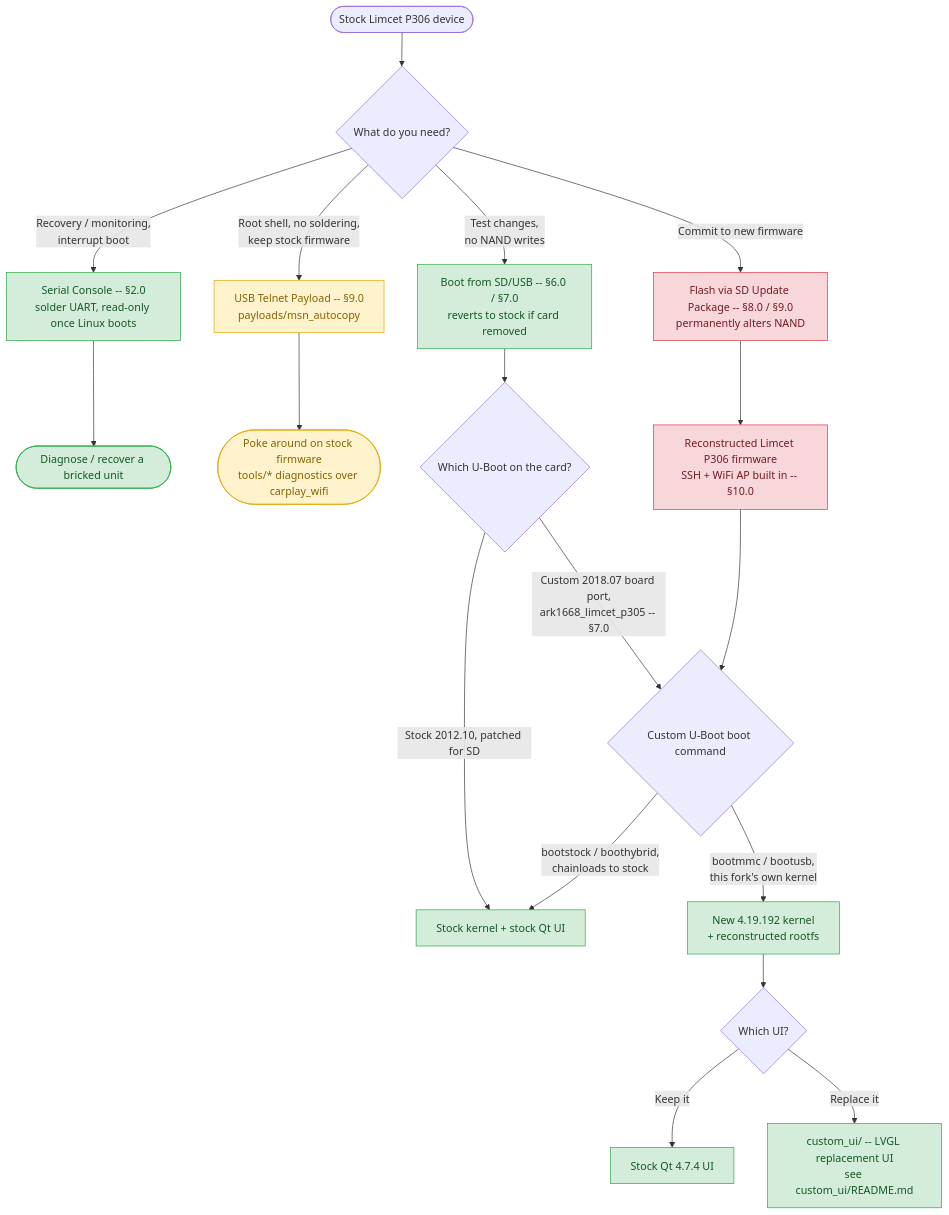
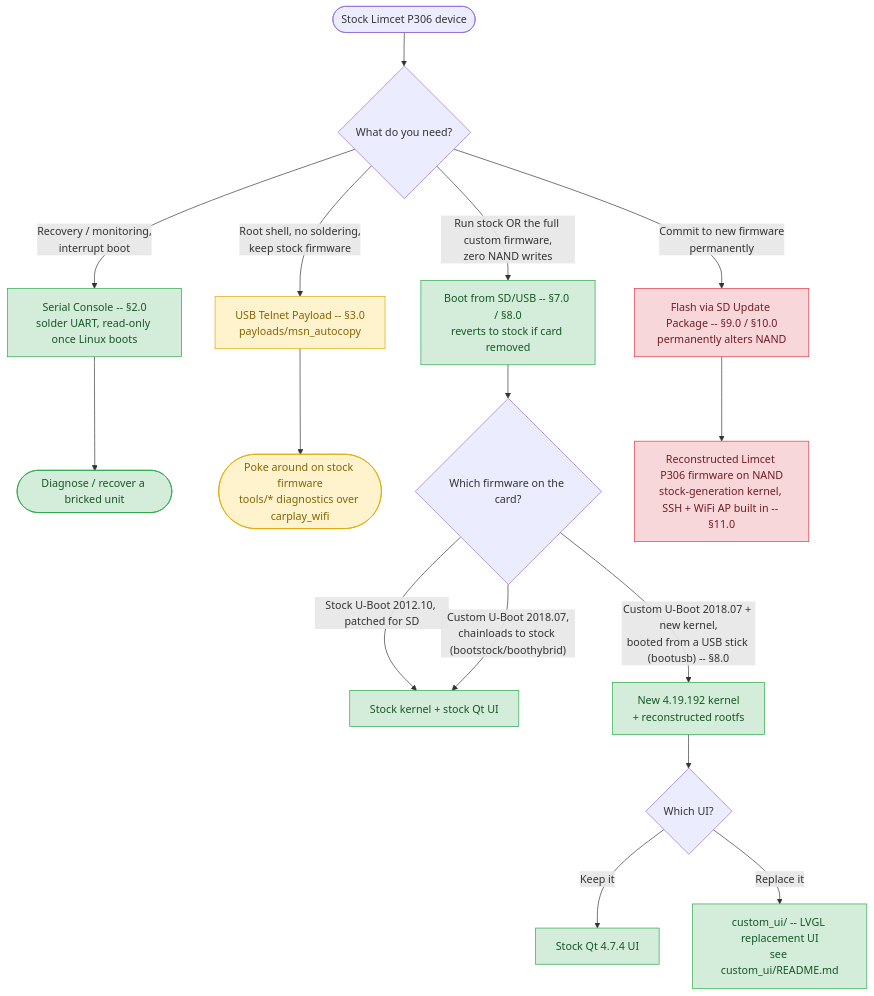
The diagram in README.md (yogihybo/Limcet-P305-Box-Android-Auto-Carplay), drawn with Mermaid before and after one commit. The commit also changed other lines of this file and 18 other files, not shown here.

````diff
--- a/README.md
+++ b/README.md
@@ -11,33 +11,30 @@
 ```mermaid
 flowchart TD
     Start(["Stock Limcet P306 device"]) --> Q1{"What do you need?"}
 
     Q1 -->|"Recovery / monitoring,<br/>interrupt boot"| Serial["Serial Console -- §2.0<br/>solder UART, read-only once Linux boots"]
-    Q1 -->|"Root shell, no soldering,<br/>keep stock firmware"| Telnet["USB Telnet Payload -- §9.0<br/>payloads/msn_autocopy"]
-    Q1 -->|"Test changes,<br/>no NAND writes"| SDBoot["Boot from SD/USB -- §6.0 / §7.0<br/>reverts to stock if card removed"]
-    Q1 -->|"Commit to new firmware"| Flash["Flash via SD Update Package -- §8.0 / §9.0<br/>permanently alters NAND"]
+    Q1 -->|"Root shell, no soldering,<br/>keep stock firmware"| Telnet["USB Telnet Payload -- §3.0<br/>payloads/msn_autocopy"]
+    Q1 -->|"Run stock OR the full custom firmware,<br/>zero NAND writes"| SDBoot["Boot from SD/USB -- §7.0 / §8.0<br/>reverts to stock if card removed"]
+    Q1 -->|"Commit to new firmware<br/>permanently"| Flash["Flash via SD Update Package -- §9.0 / §10.0<br/>permanently alters NAND"]
 
     Serial --> Diagnose(["Diagnose / recover a bricked unit"])
     Telnet --> Poke(["Poke around on stock firmware<br/>tools/* diagnostics over carplay_wifi"])
 
-    SDBoot --> Q2{"Which U-Boot on the card?"}
-    Q2 -->|"Stock 2012.10, patched for SD"| StockPath["Stock kernel + stock Qt UI"]
-    Q2 -->|"Custom 2018.07 board port,<br/>ark1668_limcet_p305 -- §7.0"| Q3
+    SDBoot --> Q2{"Which firmware on the card?"}
+    Q2 -->|"Stock U-Boot 2012.10, patched for SD"| StockPath["Stock kernel + stock Qt UI"]
+    Q2 -->|"Custom U-Boot 2018.07,<br/>chainloads to stock (bootstock/boothybrid)"| StockPath
+    Q2 -->|"Custom U-Boot 2018.07 + new kernel,<br/>booted from a USB stick (bootusb) -- §8.0"| NewKernel["New 4.19.192 kernel<br/>+ reconstructed rootfs"]
 
-    Flash --> Recon["Reconstructed Limcet P306 firmware<br/>SSH + WiFi AP built in -- §10.0"]
-    Recon --> Q3{"Custom U-Boot boot command"}
+    Flash --> Recon["Reconstructed Limcet P306 firmware on NAND<br/>stock-generation kernel, SSH + WiFi AP built in -- §11.0"]
 
-    Q3 -->|"bootstock / boothybrid,<br/>chainloads to stock"| StockPath
-    Q3 -->|"bootmmc / bootusb,<br/>this fork's own kernel"| NewKernel["New 4.19.192 kernel<br/>+ reconstructed rootfs"]
-
-    NewKernel --> Q4{"Which UI?"}
-    Q4 -->|"Keep it"| StockUI["Stock Qt 4.7.4 UI"]
-    Q4 -->|"Replace it"| CustomUI["custom_ui/ -- LVGL replacement UI<br/>see custom_ui/README.md"]
+    NewKernel --> Q3{"Which UI?"}
+    Q3 -->|"Keep it"| StockUI["Stock Qt 4.7.4 UI"]
+    Q3 -->|"Replace it"| CustomUI["custom_ui/ -- LVGL replacement UI<br/>see custom_ui/README.md"]
 
     classDef lowrisk fill:#d4edda,stroke:#28a745,color:#155724
     classDef medrisk fill:#fff3cd,stroke:#e0a800,color:#856404
     classDef highrisk fill:#f8d7da,stroke:#dc3545,color:#721c24
     class Serial,SDBoot,Diagnose,StockPath,StockUI,NewKernel,CustomUI lowrisk
     class Telnet,Poke medrisk
     class Flash,Recon highrisk
 ```
````
